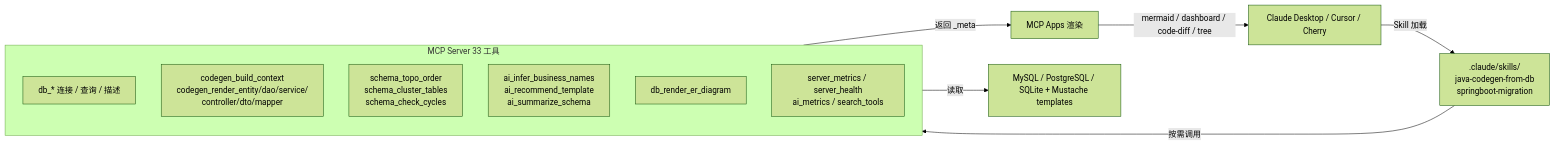
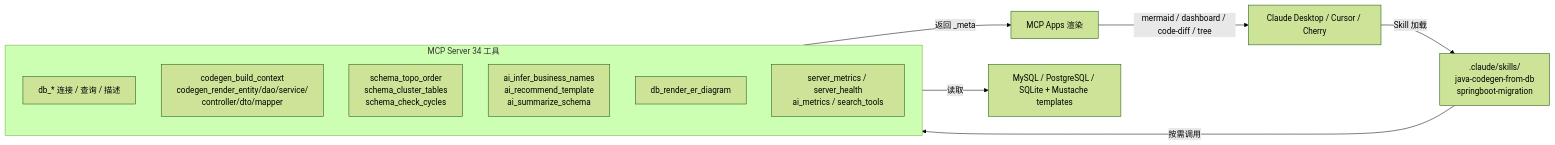
Before and after one commit to ZhaoXingPeng/DBJavaGenix: the diagram in README.md, drawn with Mermaid (forest theme). The commit also changed other lines of this file and 66 other files, not shown here.

````diff
--- a/README.md
+++ b/README.md
@@ -10,20 +10,20 @@
 ```mermaid
 graph LR
     Client[Claude Desktop / Cursor / Cherry] -->|Skill 加载| Skills
     Skills[".claude/skills/<br/>java-codegen-from-db<br/>springboot-migration"]
     Skills -->|按需调用| MCP
 
-    subgraph MCP[MCP Server 33 工具]
+    subgraph MCP[MCP Server 34 工具]
         direction TB
         DB[db_* 连接 / 查询 / 描述]
         Atom[codegen_build_context<br/>codegen_render_entity/dao/service/<br/>controller/dto/mapper]
         Graph[schema_topo_order<br/>schema_cluster_tables<br/>schema_check_cycles]
         AI[ai_infer_business_names<br/>ai_recommend_template<br/>ai_summarize_schema]
         Vis[db_render_er_diagram]
         Obs[server_metrics / server_health<br/>ai_metrics / search_tools]
     end
 
     MCP -->|返回 _meta| Apps[MCP Apps 渲染]
     Apps -->|mermaid / dashboard / code-diff / tree| Client
     MCP -->|读取| Data[MySQL / PostgreSQL / SQLite + Mustache templates]
 ```
````
